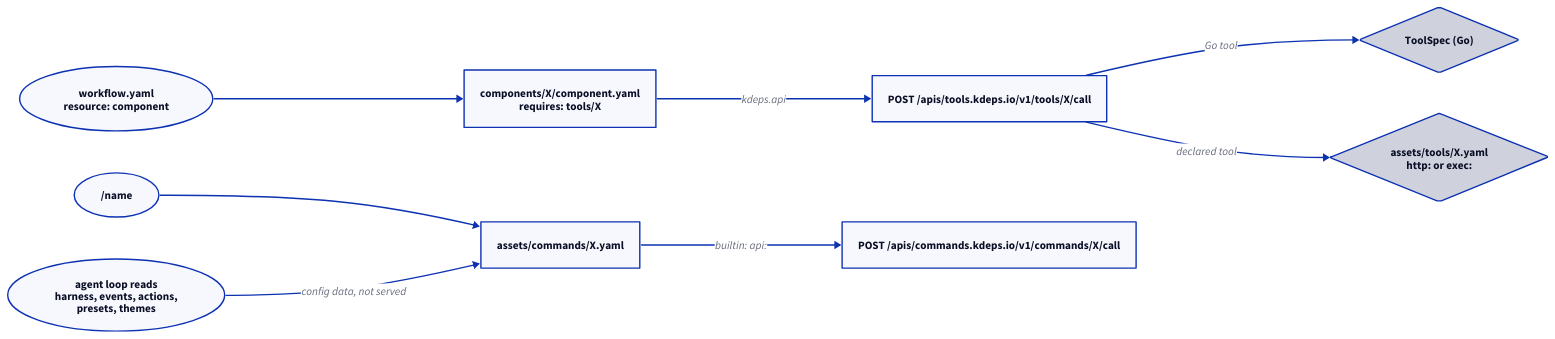
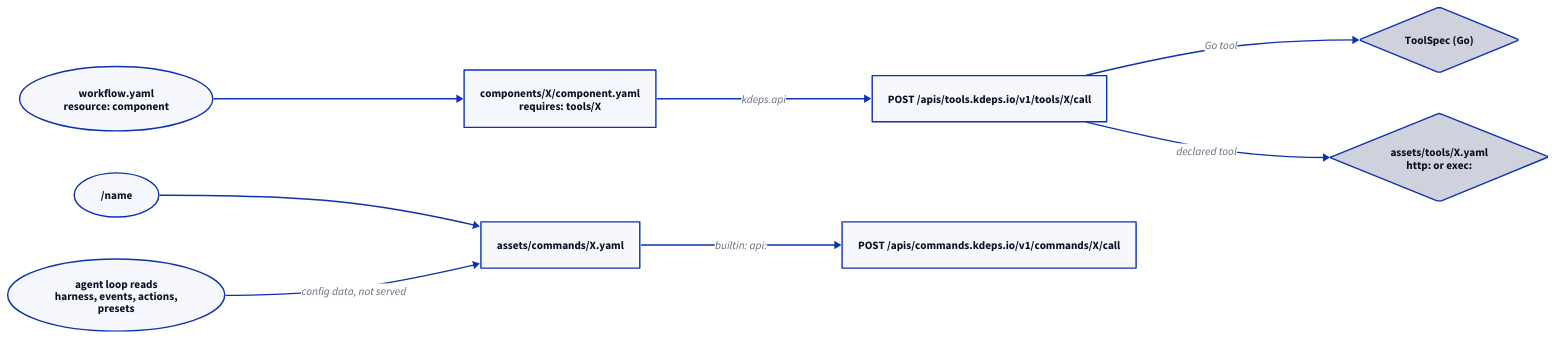
Before and after one commit to kdeps/kdeps: the diagram in docs/v2/reference/api.md, drawn with D2. The commit also changed other lines of this file and 18 other files, not shown here.

````diff
--- a/docs/v2/reference/api.md
+++ b/docs/v2/reference/api.md
@@ -51,21 +50,21 @@
 ```d2
 direction: right
 
 workflow: "workflow.yaml\nresource: component" {shape: oval}
 component: "components/X/component.yaml\nrequires: tools/X"
 tools: "POST /apis/tools.kdeps.io/v1/tools/X/call"
 spec: "ToolSpec (Go)" {shape: diamond}
 declared: "assets/tools/X.yaml\nhttp: or exec:" {shape: diamond}
 command: "/name" {shape: oval}
 commands: "POST /apis/commands.kdeps.io/v1/commands/X/call"
 cmdasset: "assets/commands/X.yaml"
-loop: "agent loop reads\nharness, events, actions,\npresets, themes" {shape: oval}
+loop: "agent loop reads\nharness, events, actions,\npresets" {shape: oval}
 
 workflow -> component
 component -> tools: "kdeps.api"
 tools -> spec: "Go tool"
 tools -> declared: "declared tool"
 command -> cmdasset
 cmdasset -> commands: "builtin: api:"
 loop -> cmdasset: "config data, not served"
 ```
````
